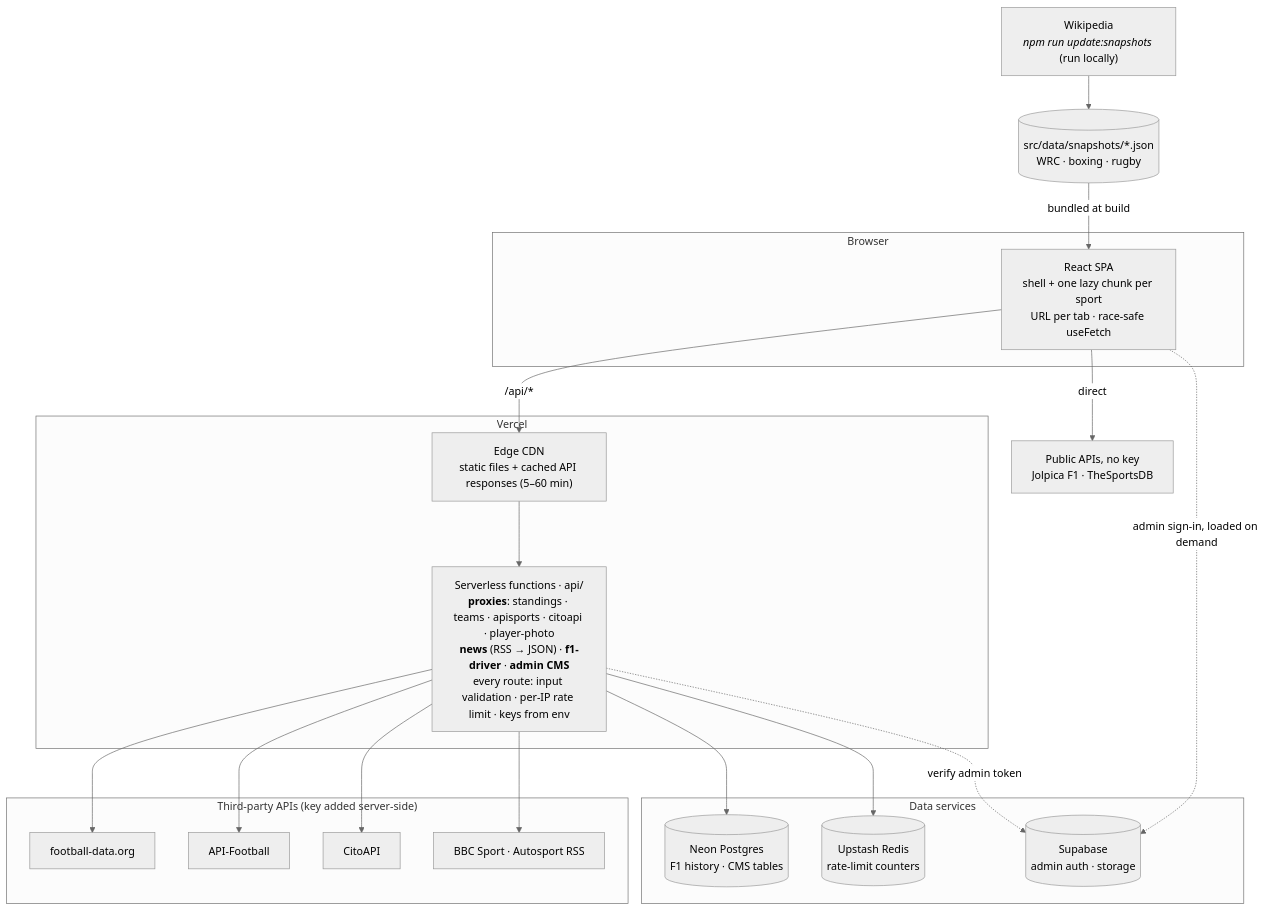
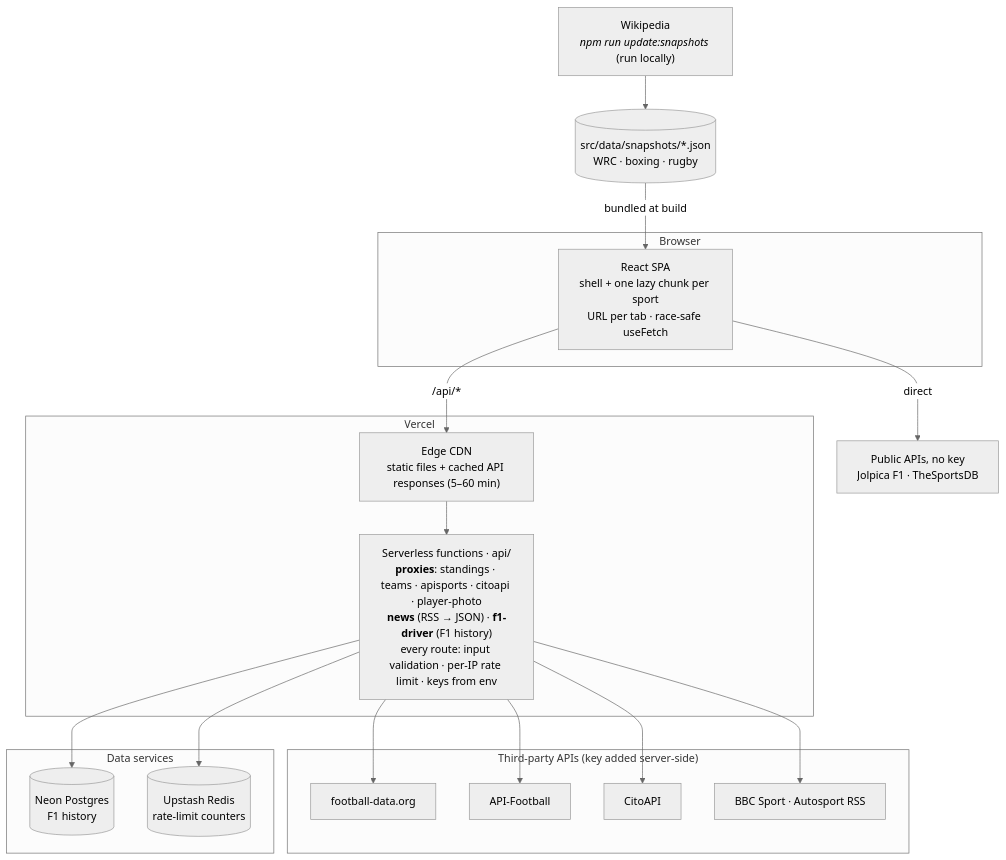
Before and after one commit to redfang854/sports-dashboard: the diagram in docs/architecture.md, drawn with Mermaid (neutral theme). The commit also changed other lines of this file and 36 other files, not shown here.

````diff
--- a/docs/architecture.md
+++ b/docs/architecture.md
@@ -7,37 +7,34 @@
 ```mermaid
 flowchart TB
   WIKI["Wikipedia<br/><i>npm run update:snapshots</i> (run locally)"]
   SNAP[("src/data/snapshots/*.json<br/>WRC · boxing · rugby")]
 
   subgraph Browser
     SPA["React SPA<br/>shell + one lazy chunk per sport<br/>URL per tab · race-safe useFetch"]
   end
 
   subgraph Vercel
     CDN["Edge CDN<br/>static files + cached API responses (5–60 min)"]
-    FN["Serverless functions · api/<br/><b>proxies</b>: standings · teams · apisports · citoapi · player-photo<br/><b>news</b> (RSS → JSON) · <b>f1-driver</b> · <b>admin CMS</b><br/>every route: input validation · per-IP rate limit · keys from env"]
+    FN["Serverless functions · api/<br/><b>proxies</b>: standings · teams · apisports · citoapi · player-photo<br/><b>news</b> (RSS → JSON) · <b>f1-driver</b> (F1 history)<br/>every route: input validation · per-IP rate limit · keys from env"]
   end
 
   subgraph Keyed["Third-party APIs (key added server-side)"]
     FD["football-data.org"]
     AS["API-Football"]
     CITO["CitoAPI"]
     RSS["BBC Sport · Autosport RSS"]
   end
 
   PUB["Public APIs, no key<br/>Jolpica F1 · TheSportsDB"]
 
   subgraph Data["Data services"]
-    NEON[("Neon Postgres<br/>F1 history · CMS tables")]
+    NEON[("Neon Postgres<br/>F1 history")]
     REDIS[("Upstash Redis<br/>rate-limit counters")]
-    SUPA[("Supabase<br/>admin auth · storage")]
   end
 
   WIKI --> SNAP -->|bundled at build| SPA
   SPA -->|"/api/*"| CDN --> FN
   SPA -->|direct| PUB
   FN --> FD & AS & CITO & RSS
   FN --> NEON & REDIS
-  FN -.->|verify admin token| SUPA
-  SPA -.->|admin sign-in, loaded on demand| SUPA
 ```
````
